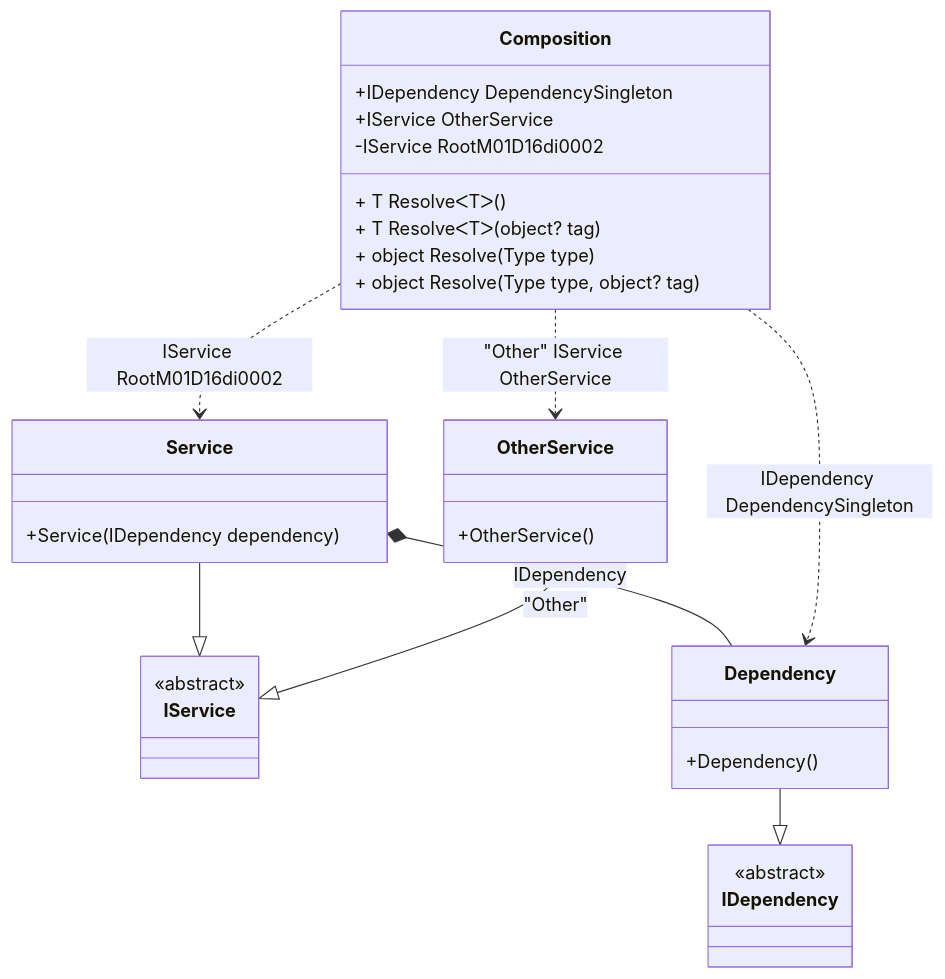
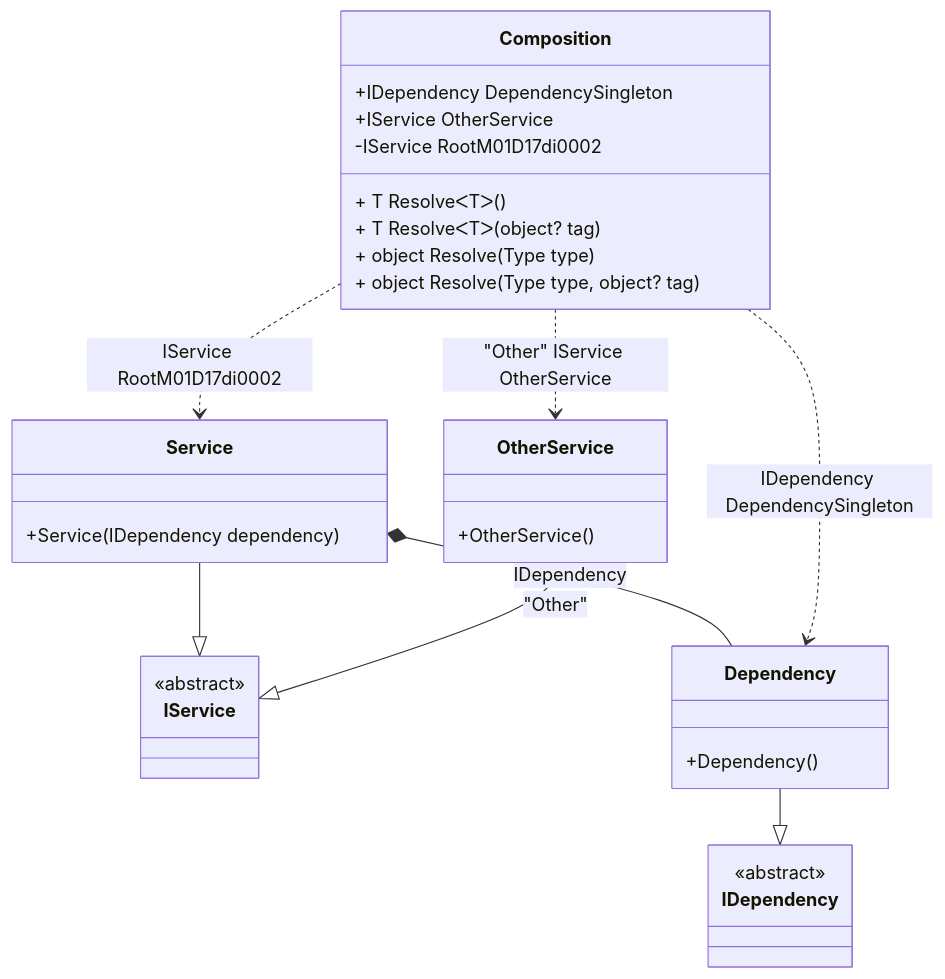
Before and after one commit to DevTeam/Pure.DI: the diagram in readme/resolve-methods.md, drawn with Mermaid. The commit also changed other lines of this file and 76 other files, not shown here.

````diff
--- a/readme/resolve-methods.md
+++ b/readme/resolve-methods.md
@@ -45,34 +45,34 @@
 ```mermaid
 classDiagram
   class Composition {
     +IDependency DependencySingleton
     +IService OtherService
-    -IService RootM01D16di0002
+    -IService RootM01D17di0002
     + T ResolveᐸTᐳ()
     + T ResolveᐸTᐳ(object? tag)
     + object Resolve(Type type)
     + object Resolve(Type type, object? tag)
   }
   Service --|> IService : 
   class Service {
     +Service(IDependency dependency)
   }
   Dependency --|> IDependency : 
   class Dependency {
     +Dependency()
   }
   OtherService --|> IService : "Other" 
   class OtherService {
     +OtherService()
   }
   class IService {
     <<abstract>>
   }
   class IDependency {
     <<abstract>>
   }
   Service *--  Dependency : IDependency
   Composition ..> Dependency : IDependency DependencySingleton
-  Composition ..> Service : IService RootM01D16di0002
+  Composition ..> Service : IService RootM01D17di0002
   Composition ..> OtherService : "Other" IService OtherService
 ```
````
